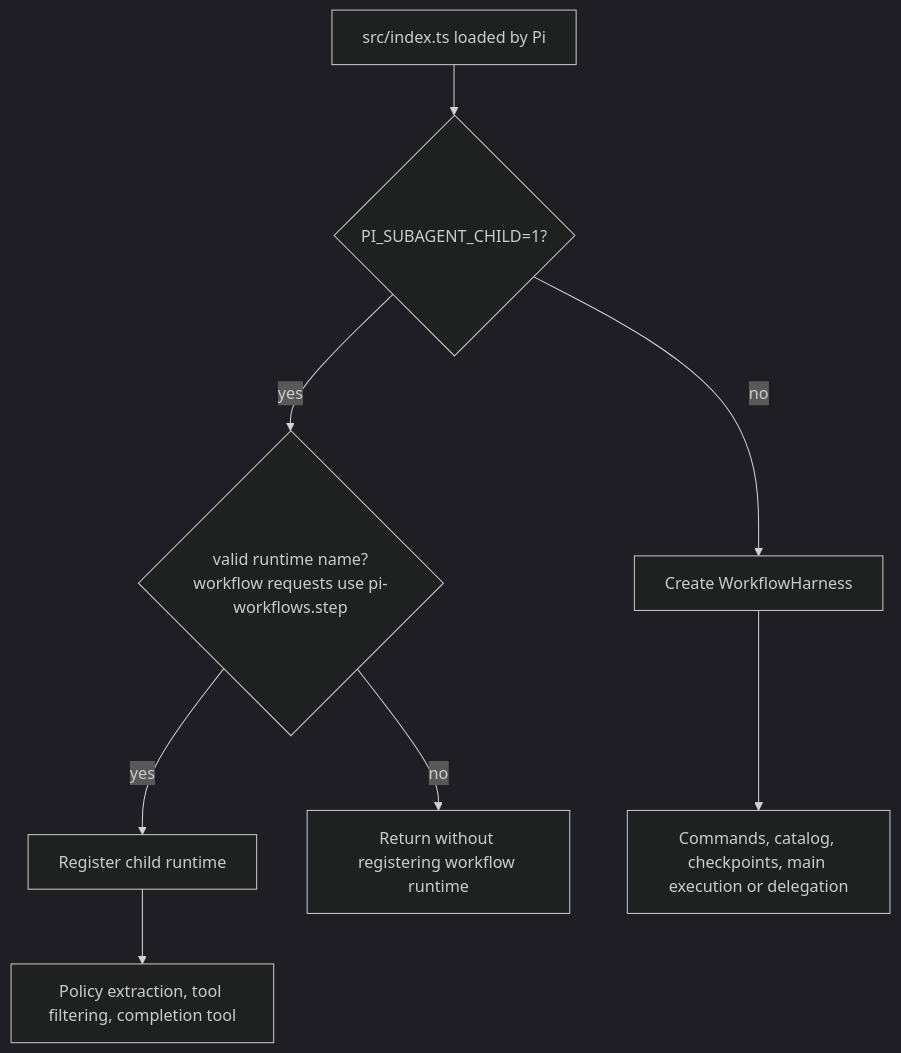
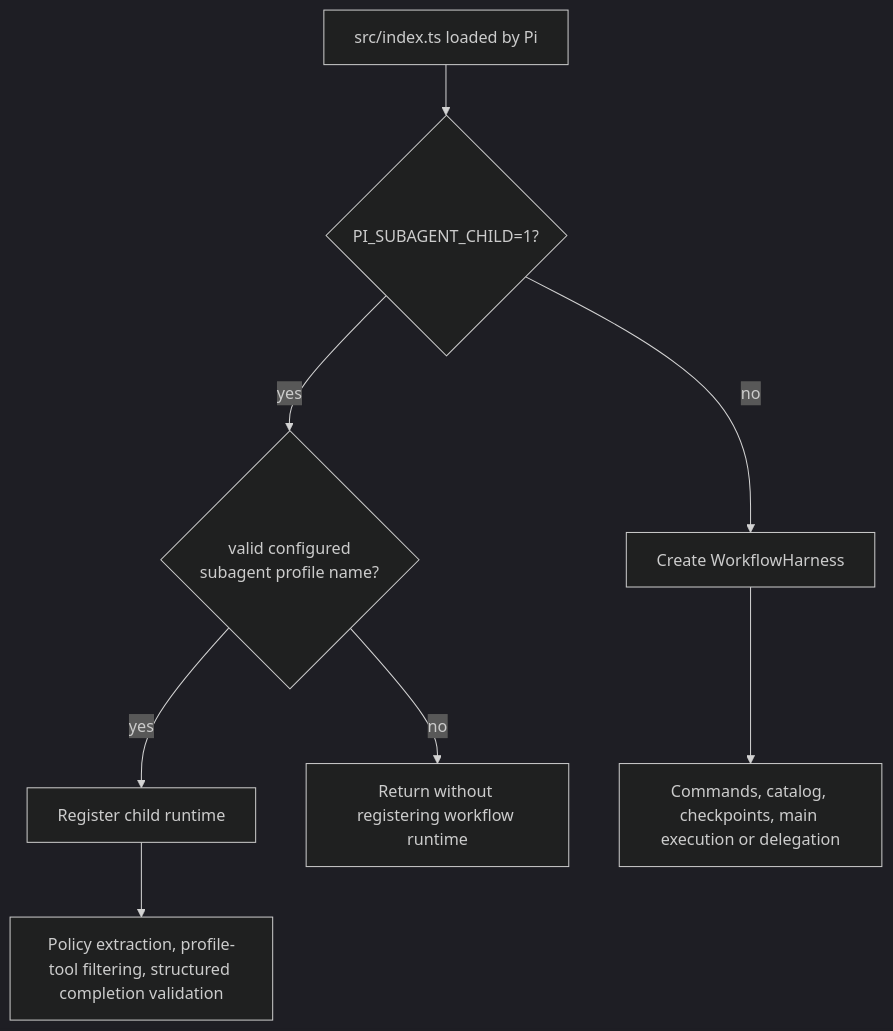
The second of 5 diagrams in openwiki/architecture/overview.md (wichayutdew/pi-workflows), drawn with Mermaid (dark theme) before and after one commit. The commit also changed other lines of this file and 42 other files, not shown here.

````diff
--- a/openwiki/architecture/overview.md
+++ b/openwiki/architecture/overview.md
@@ -41,12 +41,12 @@
 ```mermaid
 flowchart TD
   Start[src/index.ts loaded by Pi]
   Start --> ChildEnv{PI_SUBAGENT_CHILD=1?}
   ChildEnv -- no --> Parent[Create WorkflowHarness]
-  ChildEnv -- yes --> NameOk{valid runtime name?<br/>workflow requests use pi-workflows.step}
+  ChildEnv -- yes --> NameOk{valid configured<br/>subagent profile name?}
   NameOk -- yes --> Child[Register child runtime]
   NameOk -- no --> Noop[Return without registering workflow runtime]
 
   Parent --> ParentWork[Commands, catalog, checkpoints, main execution or delegation]
-  Child --> ChildWork[Policy extraction, tool filtering, completion tool]
+  Child --> ChildWork[Policy extraction, profile-tool filtering, structured completion validation]
 ```
````
